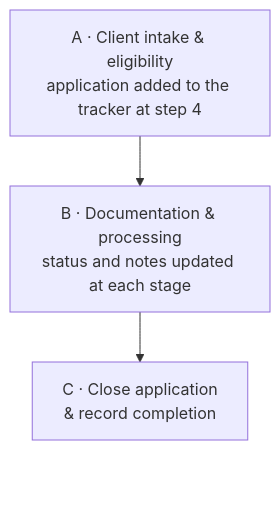
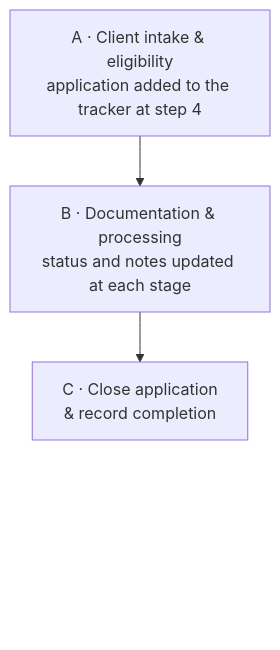
Before and after one commit to CamilaNacli/mortgage-financing-operations: the diagram in README.md, drawn with Mermaid.

Commit message:
More space below workflow diagram

````diff
--- a/README.md
+++ b/README.md
@@ -25,6 +25,6 @@
 ```mermaid
 flowchart TB
     A["A · Client intake & eligibility<br/>application added to the tracker at step 4"] --> B["B · Documentation & processing<br/>status and notes updated at each stage"] --> C["C · Close application<br/>& record completion"]
-    C ~~~ PAD[" "]
+    C ~~~ PAD[" <br/> <br/> <br/> <br/> <br/> "]
     style PAD fill:none,stroke:none
 ```
````
